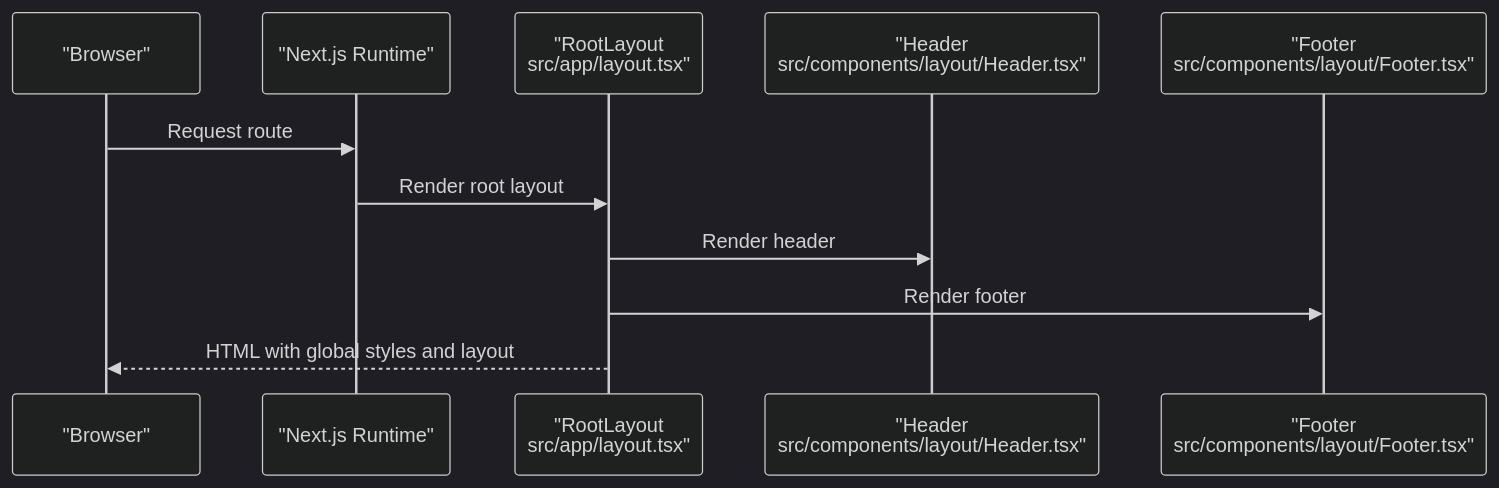
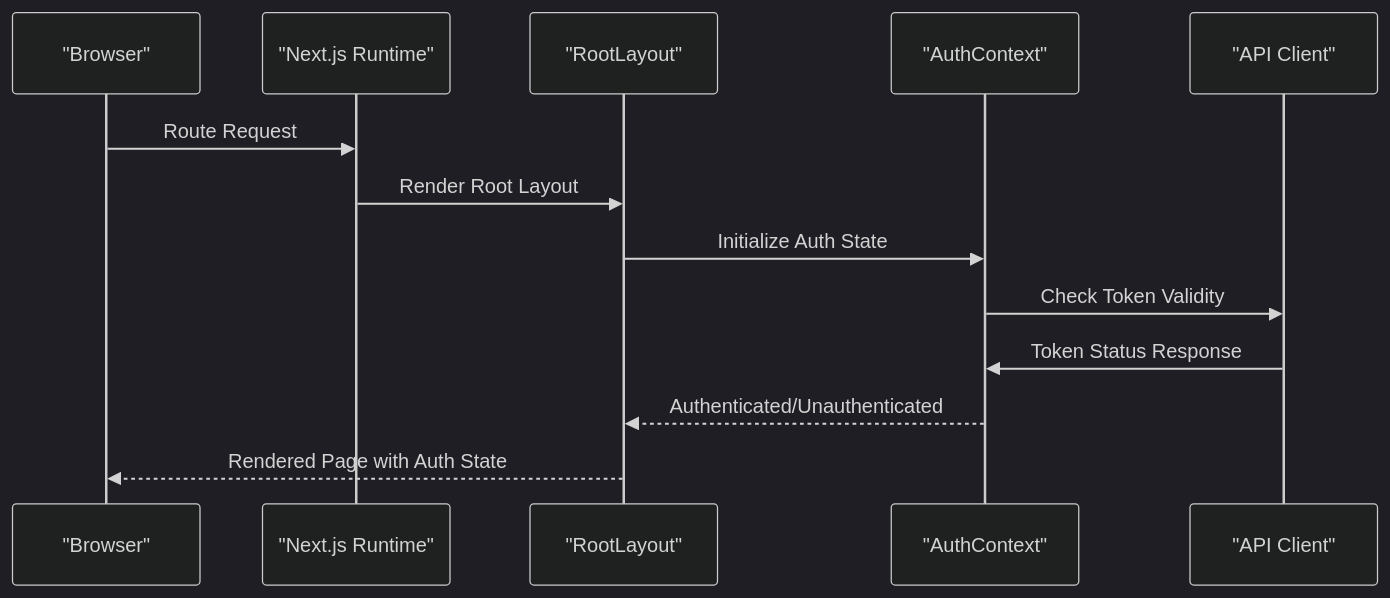
One commit to Hoshino-wind/ai-interview-platform changed the second of 9 diagrams in .qoder/repowiki/en/content/Architecture Overview.md. Above: the diagram before and after it, drawn with Mermaid (dark theme). The commit also changed other lines of this file and 5 other files, not shown here.

````diff
--- a/.qoder/repowiki/en/content/Architecture Overview.md
+++ b/.qoder/repowiki/en/content/Architecture Overview.md
@@ -191,13 +126,15 @@
 ```mermaid
 sequenceDiagram
 participant Browser as "Browser"
 participant Next as "Next.js Runtime"
-participant Root as "RootLayout<br/>src/app/layout.tsx"
-participant Header as "Header<br/>src/components/layout/Header.tsx"
-participant Footer as "Footer<br/>src/components/layout/Footer.tsx"
-Browser->>Next : Request route
-Next->>Root : Render root layout
-Root->>Header : Render header
-Root->>Footer : Render footer
-Root-->>Browser : HTML with global styles and layout
+participant Layout as "RootLayout"
+participant Auth as "AuthContext"
+participant API as "API Client"
+Browser->>Next : Route Request
+Next->>Layout : Render Root Layout
+Layout->>Auth : Initialize Auth State
+Auth->>API : Check Token Validity
+API->>Auth : Token Status Response
+Auth-->>Layout : Authenticated/Unauthenticated
+Layout-->>Browser : Rendered Page with Auth State
 ```
````
